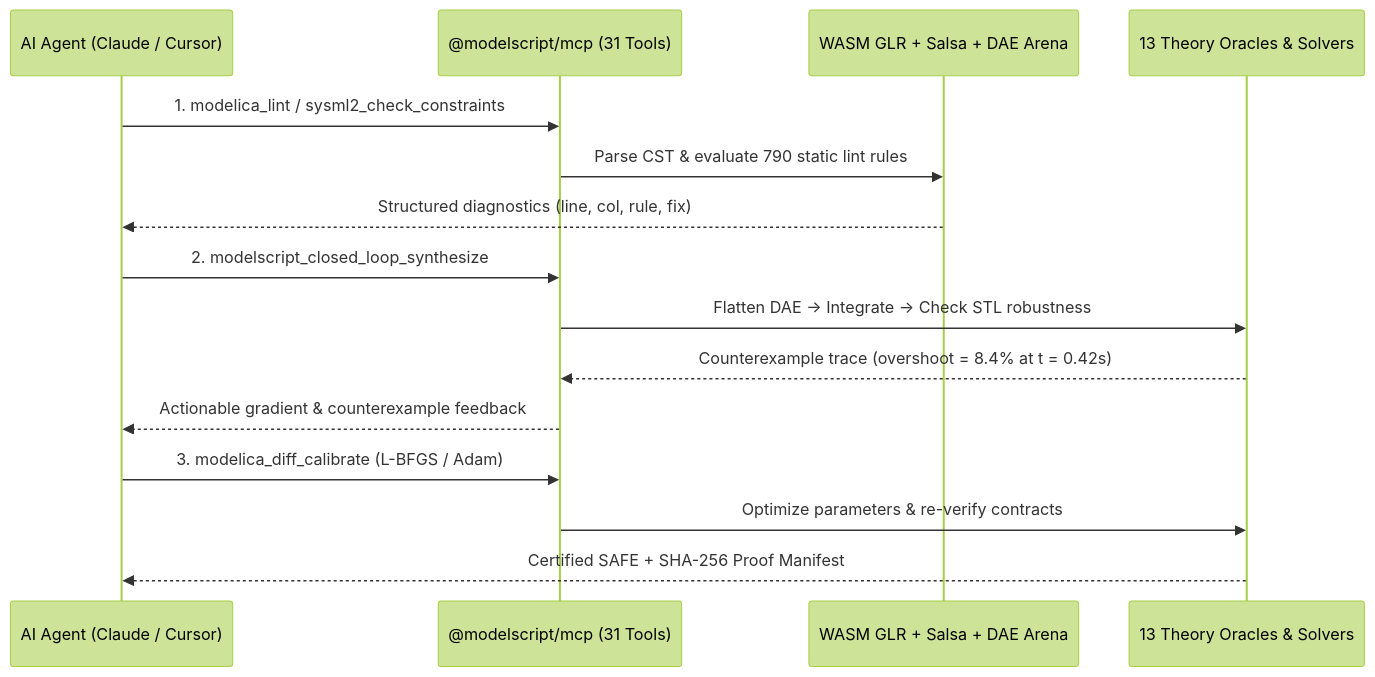
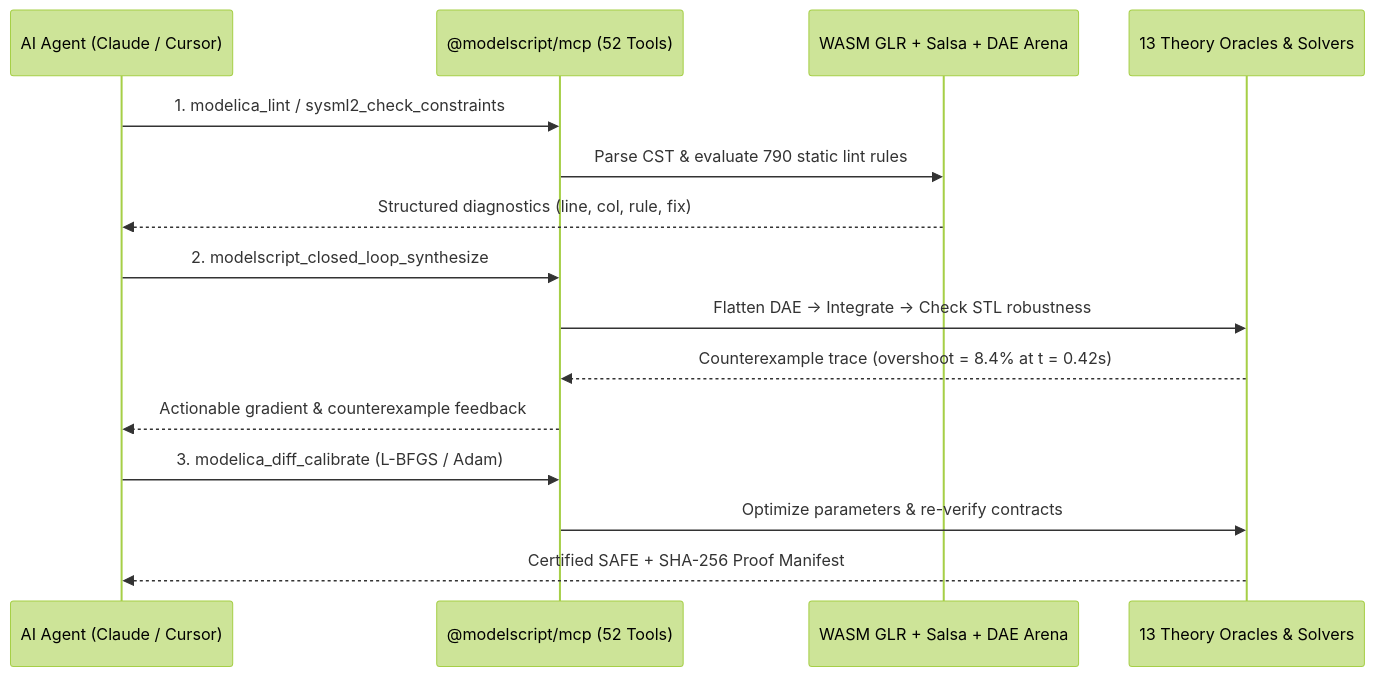
Before and after one commit to modelscript/modelscript: the diagram in apps/docs/docs/guide/ai-agents.md, drawn with Mermaid (forest theme). The commit also changed other lines of this file and 589 other files, not shown here.

Commit message:
feat: expand cross-domain MCP tools, harden theory coordinator, and enforce strict type safety

````diff
--- a/apps/docs/docs/guide/ai-agents.md
+++ b/apps/docs/docs/guide/ai-agents.md
@@ -69,18 +69,18 @@
 ```mermaid
 sequenceDiagram
     participant Agent as AI Agent (Claude / Cursor)
-    participant MCP as @modelscript/mcp (31 Tools)
+    participant MCP as @modelscript/mcp (52 Tools)
     participant Core as WASM GLR + Salsa + DAE Arena
     participant Verify as 13 Theory Oracles & Solvers
 
     Agent->>MCP: 1. modelica_lint / sysml2_check_constraints
     MCP->>Core: Parse CST & evaluate 790 static lint rules
     Core-->>Agent: Structured diagnostics (line, col, rule, fix)
     Agent->>MCP: 2. modelscript_closed_loop_synthesize
     MCP->>Verify: Flatten DAE -> Integrate -> Check STL robustness
     Verify-->>MCP: Counterexample trace (overshoot = 8.4% at t = 0.42s)
     MCP-->>Agent: Actionable gradient & counterexample feedback
     Agent->>MCP: 3. modelica_diff_calibrate (L-BFGS / Adam)
     MCP->>Verify: Optimize parameters & re-verify contracts
     Verify-->>Agent: Certified SAFE + SHA-256 Proof Manifest
 ```
````
